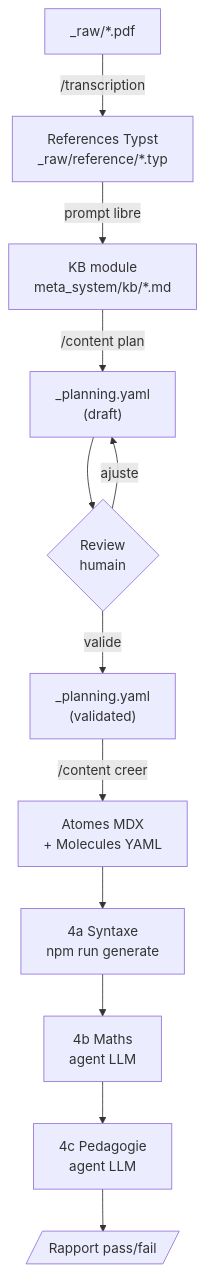
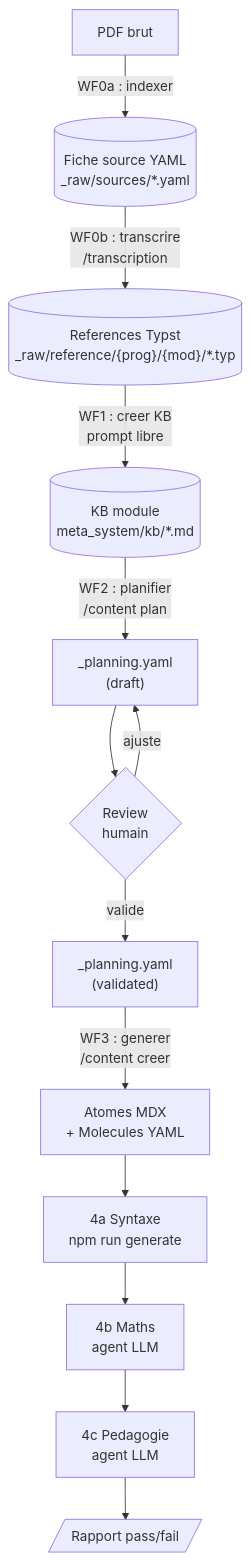
Before and after one commit to bilalYezzaGit/learning-web: the first of 6 diagrams in docs/content-agentic-workflow.md, drawn with Mermaid. The commit also changed other lines of this file and 33 other files, not shown here.

````diff
--- a/docs/content-agentic-workflow.md
+++ b/docs/content-agentic-workflow.md
@@ -40,14 +41,15 @@
 ```mermaid
 flowchart TD
-    PDFs["_raw/*.pdf"] -->|"/transcription"| Typst["References Typst\n_raw/reference/*.typ"]
-    Typst -->|"prompt libre"| KB["KB module\nmeta_system/kb/*.md"]
-    KB -->|"/content plan"| Plan["_planning.yaml\n(draft)"]
+    PDF["PDF brut"] -->|"WF0a : indexer"| Fiche[("Fiche source YAML\n_raw/sources/*.yaml")]
+    Fiche -->|"WF0b : transcrire\n/transcription"| Typst[("References Typst\n_raw/reference/{prog}/{mod}/*.typ")]
+    Typst -->|"WF1 : creer KB\nprompt libre"| KB[("KB module\nmeta_system/kb/*.md")]
+    KB -->|"WF2 : planifier\n/content plan"| Plan["_planning.yaml\n(draft)"]
     Plan --> Review{"Review\nhumain"}
     Review -->|"ajuste"| Plan
     Review -->|"valide"| PlanV["_planning.yaml\n(validated)"]
-    PlanV -->|"/content creer"| Contenu["Atomes MDX\n+ Molecules YAML"]
+    PlanV -->|"WF3 : generer\n/content creer"| Contenu["Atomes MDX\n+ Molecules YAML"]
     Contenu --> V4a["4a Syntaxe\nnpm run generate"]
     V4a --> V4b["4b Maths\nagent LLM"]
     V4b --> V4c["4c Pedagogie\nagent LLM"]
     V4c --> Rapport[/"Rapport pass/fail"/]
 ```
````
